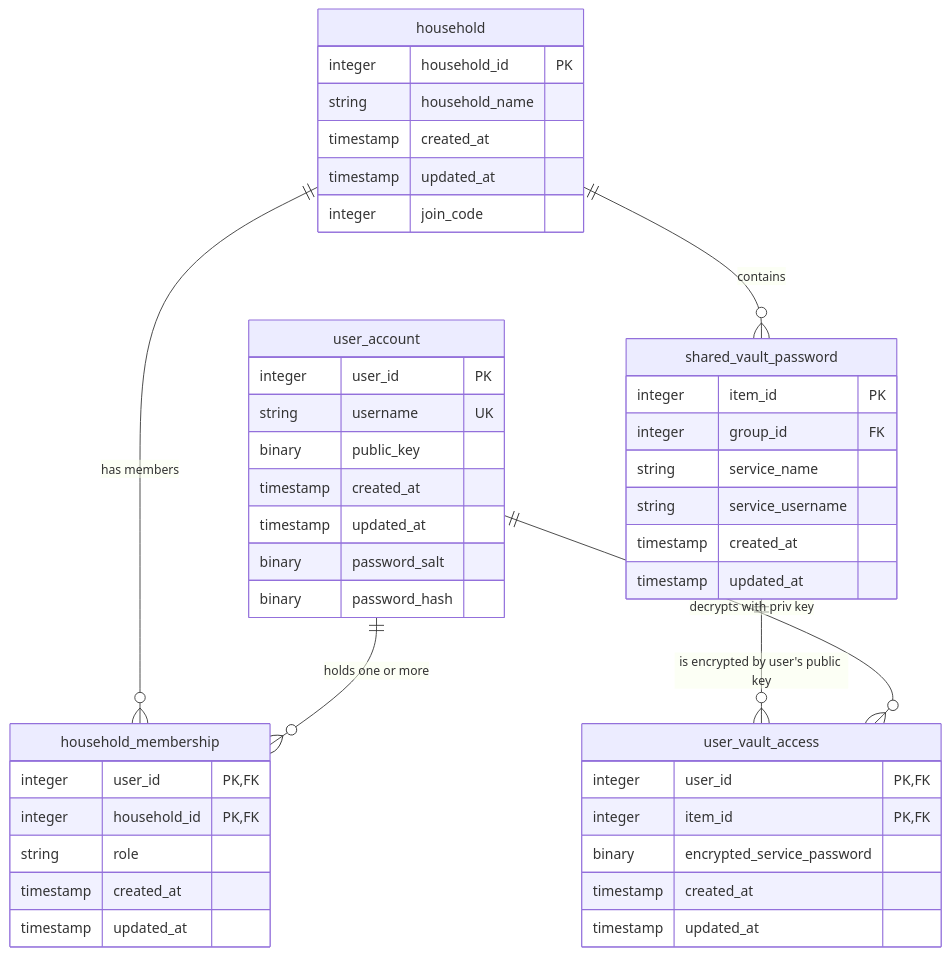
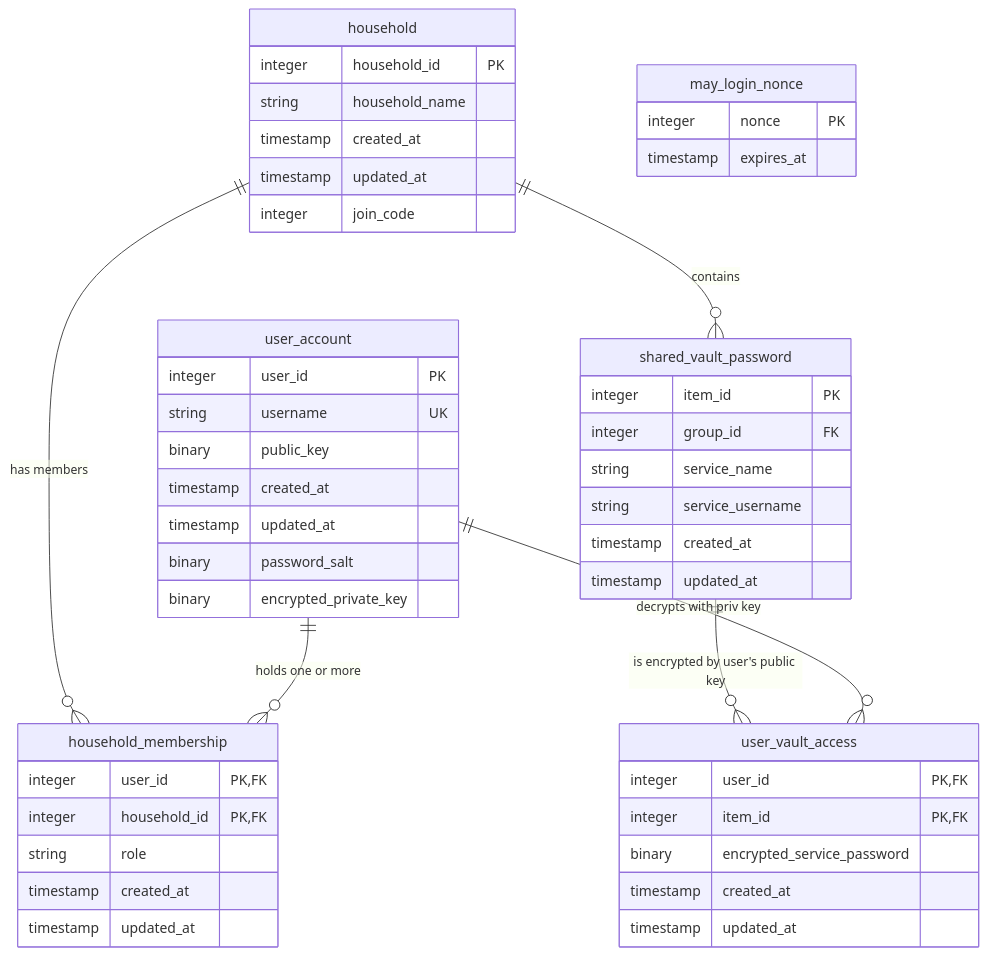
One commit to VenkatCSClasses/project-2-group1 changed the diagram in diagrams/database_schema.mmd. Above: the diagram before and after it, drawn with Mermaid. The commit also changed 6 other files, not shown here.

Commit message:
Basic login/nonce/decryption

```diff
--- a/diagrams/database_schema.mmd
+++ b/diagrams/database_schema.mmd
@@ -1,50 +1,55 @@
 erDiagram
     household ||--o{ household_membership : "has members"
     user_account ||--o{ household_membership : "holds one or more"
     household ||--o{ shared_vault_password : "contains"
     shared_vault_password ||--o{ user_vault_access : "is encrypted by user's public key"
     user_account ||--o{ user_vault_access : "decrypts with priv key"
 
     household {
         integer household_id PK
         string household_name
         timestamp created_at
         timestamp updated_at
         integer join_code
     }
 
     user_account {
         integer user_id PK
         string username UK
         binary public_key
         timestamp created_at
         timestamp updated_at
         binary password_salt
-        binary password_hash
+        binary encrypted_private_key
     }
     %% User's secret key is generated from password
 
     household_membership {
         integer user_id PK,FK
         integer household_id PK,FK
         string role
         timestamp created_at
         timestamp updated_at
     }
 
     shared_vault_password {
         integer item_id PK
         integer group_id FK
         string service_name
         string service_username
         timestamp created_at
         timestamp updated_at
     }
 
     user_vault_access {
         integer user_id PK,FK
         integer item_id PK,FK
         binary encrypted_service_password
         timestamp created_at
         timestamp updated_at
     }
+
+    may_login_nonce {
+        integer nonce PK
+        timestamp expires_at
+    }
```
